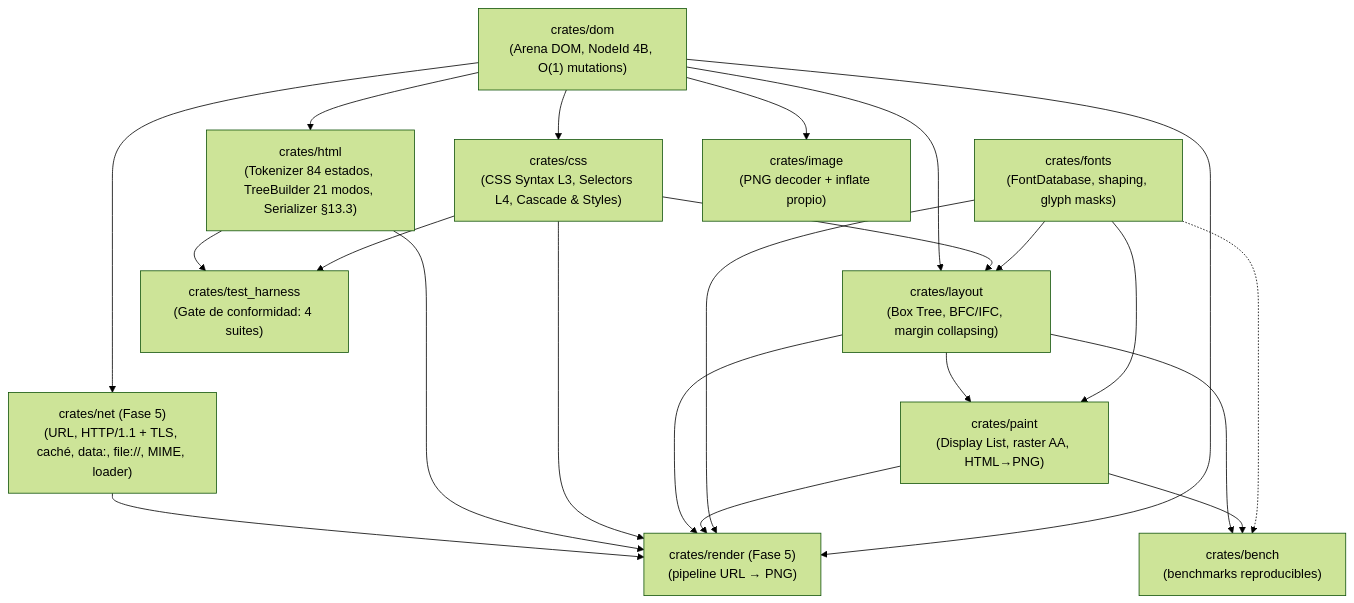
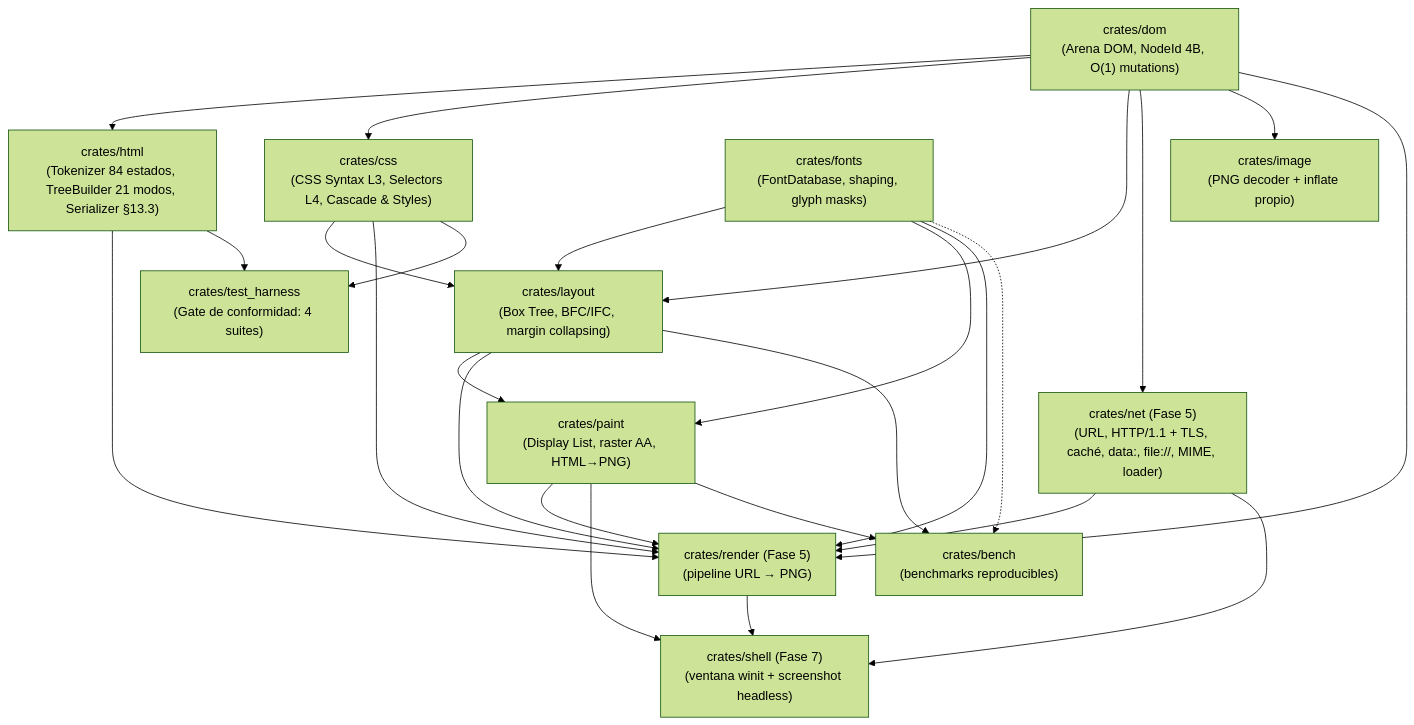
The diagram in README.md (juanpimg/Megi), drawn with Mermaid (forest theme) before and after one commit. The commit also changed other lines of this file and 10 other files, not shown here.

````diff
--- a/README.md
+++ b/README.md
@@ -75,36 +85,40 @@
 ```mermaid
 graph TD
     dom["crates/dom<br/>(Arena DOM, NodeId 4B, O(1) mutations)"]
     html["crates/html<br/>(Tokenizer 84 estados, TreeBuilder 21 modos, Serializer §13.3)"]
     css["crates/css<br/>(CSS Syntax L3, Selectors L4, Cascade & Styles)"]
     layout["crates/layout<br/>(Box Tree, BFC/IFC, margin collapsing)"]
     fonts["crates/fonts<br/>(FontDatabase, shaping, glyph masks)"]
     paint["crates/paint<br/>(Display List, raster AA, HTML→PNG)"]
     net["crates/net (Fase 5)<br/>(URL, HTTP/1.1 + TLS, caché, data:, file://, MIME, loader)"]
     image["crates/image<br/>(PNG decoder + inflate propio)"]
     render["crates/render (Fase 5)<br/>(pipeline URL → PNG)"]
+    shell["crates/shell (Fase 7)<br/>(ventana winit + screenshot headless)"]
     bench["crates/bench<br/>(benchmarks reproducibles)"]
     test_harness["crates/test_harness<br/>(Gate de conformidad: 4 suites)"]
 
     dom --> html
     dom --> css
     dom --> layout
     css --> layout
     layout --> paint
     fonts --> layout
     fonts --> paint
     dom --> net
     dom --> image
     net --> render
     html --> render
     css --> render
     layout --> render
     paint --> render
     fonts --> render
     dom --> render
+    render --> shell
+    paint --> shell
+    net --> shell
     html --> test_harness
     css --> test_harness
     layout --> bench
     paint --> bench
     fonts -.-> bench
 ```
````
